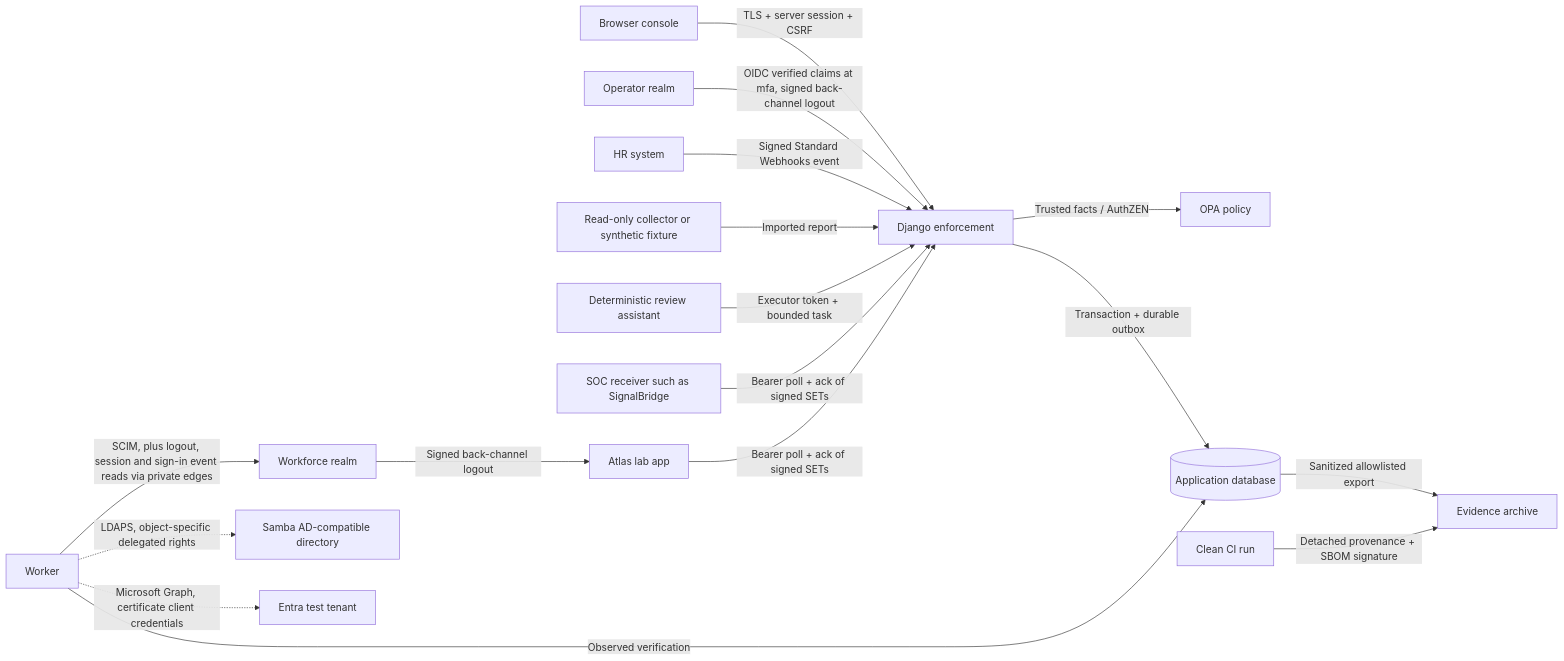
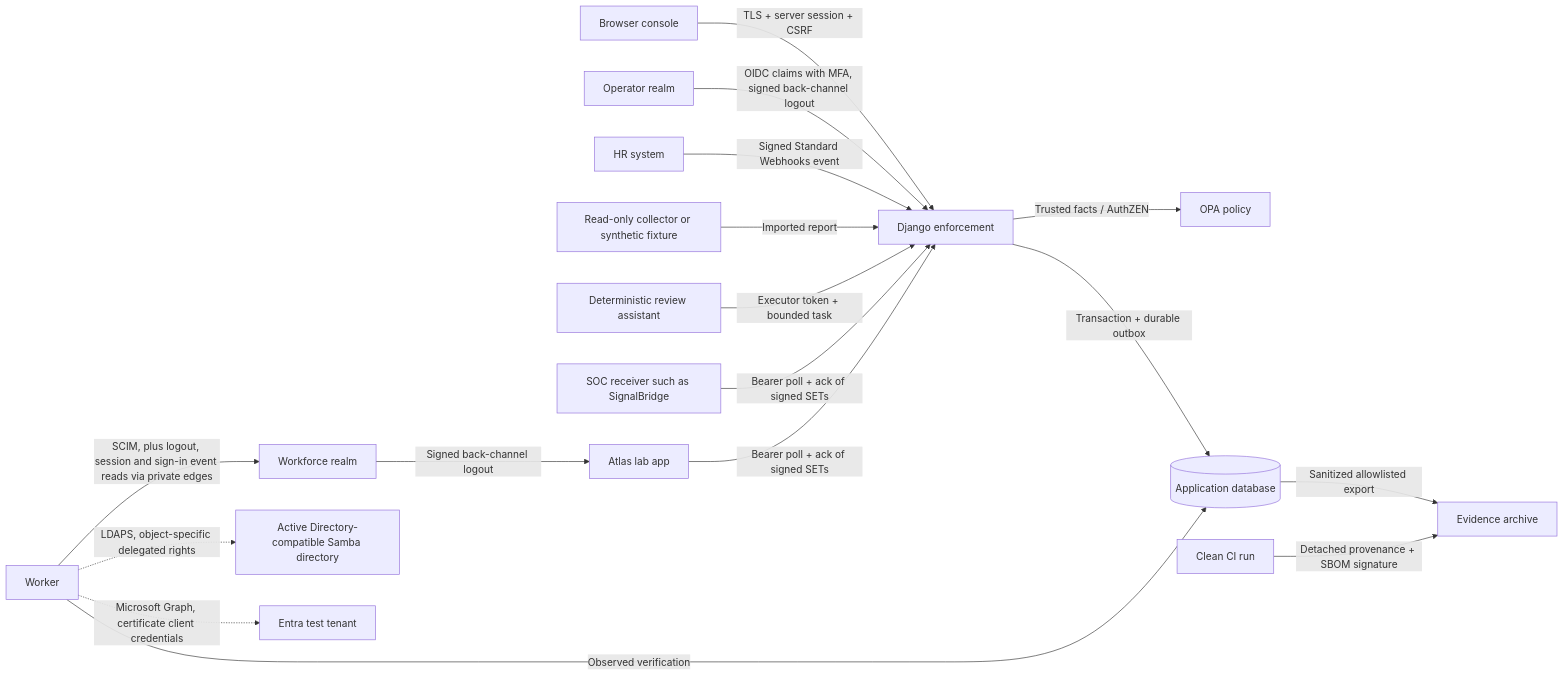
Before and after one commit to aman-agarwal6/AccessOps: the diagram in docs/threat-model.md, drawn with Mermaid. The commit also changed other lines of this file and 3 other files, not shown here.

````diff
--- a/docs/threat-model.md
+++ b/docs/threat-model.md
@@ -11,19 +11,19 @@
 ```mermaid
 flowchart LR
   B[Browser console] -->|TLS + server session + CSRF| A[Django enforcement]
-  O[Operator realm] -->|OIDC verified claims at mfa, signed back-channel logout| A
+  O[Operator realm] -->|OIDC claims with MFA, signed back-channel logout| A
   H[HR system] -->|Signed Standard Webhooks event| A
   I[Read-only collector or synthetic fixture] -->|Imported report| A
   R[Deterministic review assistant] -->|Executor token + bounded task| A
   A -->|Trusted facts / AuthZEN| P[OPA policy]
   A -->|Transaction + durable outbox| D[(Application database)]
   W[Worker] -->|Observed verification| D
   W -->|SCIM, plus logout, session and sign-in event reads via private edges| K[Workforce realm]
   K -->|Signed back-channel logout| L[Atlas lab app]
   S[SOC receiver such as SignalBridge] -->|Bearer poll + ack of signed SETs| A
   L -->|Bearer poll + ack of signed SETs| A
-  W -.->|LDAPS, object-specific delegated rights| X[Samba AD-compatible directory]
+  W -.->|LDAPS, object-specific delegated rights| X[Active Directory-compatible Samba directory]
   W -.->|Microsoft Graph, certificate client credentials| G[Entra test tenant]
   D -->|Sanitized allowlisted export| E[Evidence archive]
   C[Clean CI run] -->|Detached provenance + SBOM signature| E
 ```
````
